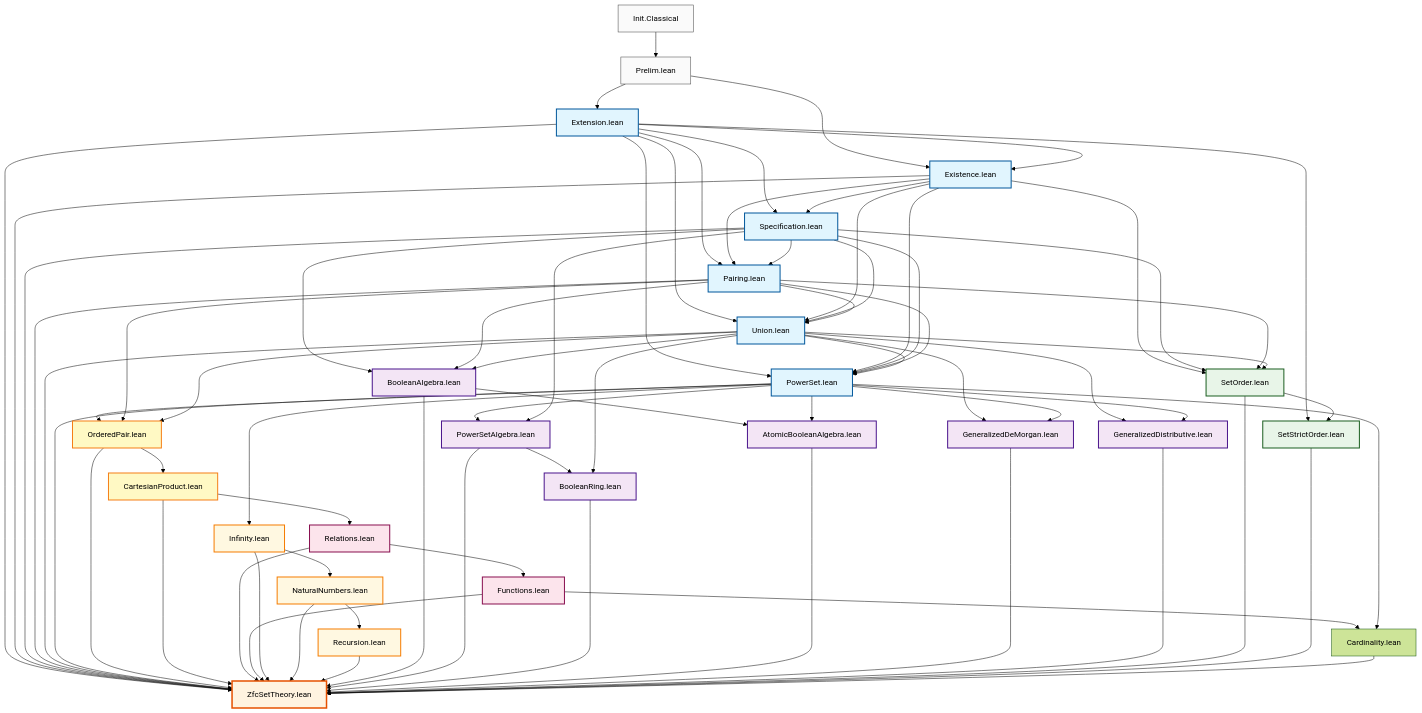
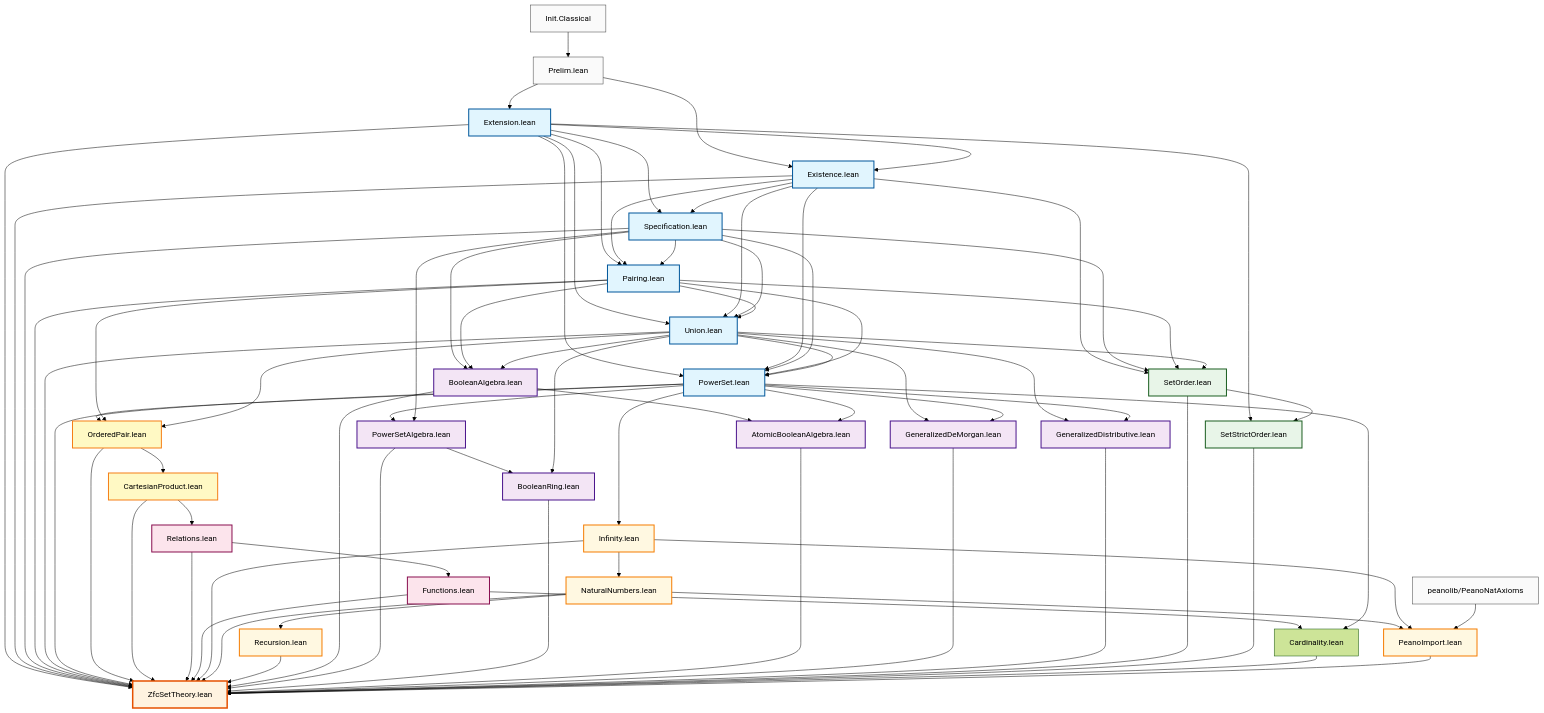
The diagram in DEPENDENCIES.md (julian1c2a/ZfcSetTheory), drawn with Mermaid (forest theme) before and after one commit. The commit also changed other lines of this file and 3 other files, not shown here.

Commit message:
feat: actualizar changelog y estado del proyecto con nuevo módulo PeanoImport.lean y mejoras en Infinity.lean y NaturalNumbers.lean

````diff
--- a/DEPENDENCIES.md
+++ b/DEPENDENCIES.md
@@ -81,6 +83,9 @@
     Pot --> Inf[Infinity.lean]
     Inf --> Nat[NaturalNumbers.lean]
     Nat --> Rec[Recursion.lean]
+    Nat --> PI[PeanoImport.lean]
+    Inf --> PI
+    PL[peanolib/PeanoNatAxioms] --> PI
     
     %% Nivel 9: Álgebras y órdenes
     E --> SSO[SetStrictOrder.lean]
@@ -130,7 +135,8 @@
     SO --> Z
     SSO --> Z
     Card --> Z
-    
+    PI --> Z
+
     %% Estilos
     classDef axiom fill:#e1f5fe,stroke:#01579b,stroke-width:2px
     classDef algebra fill:#f3e5f5,stroke:#4a148c,stroke-width:2px
@@ -147,7 +153,7 @@
     class SO,SSO order
     class OP,CP extension
     class Rel,Func relation
-    class Inf,Nat,Rec natural
+    class Inf,Nat,Rec,PI natural
     class Z main
-    class IC,P external
+    class IC,P,PL external
 ```
````
